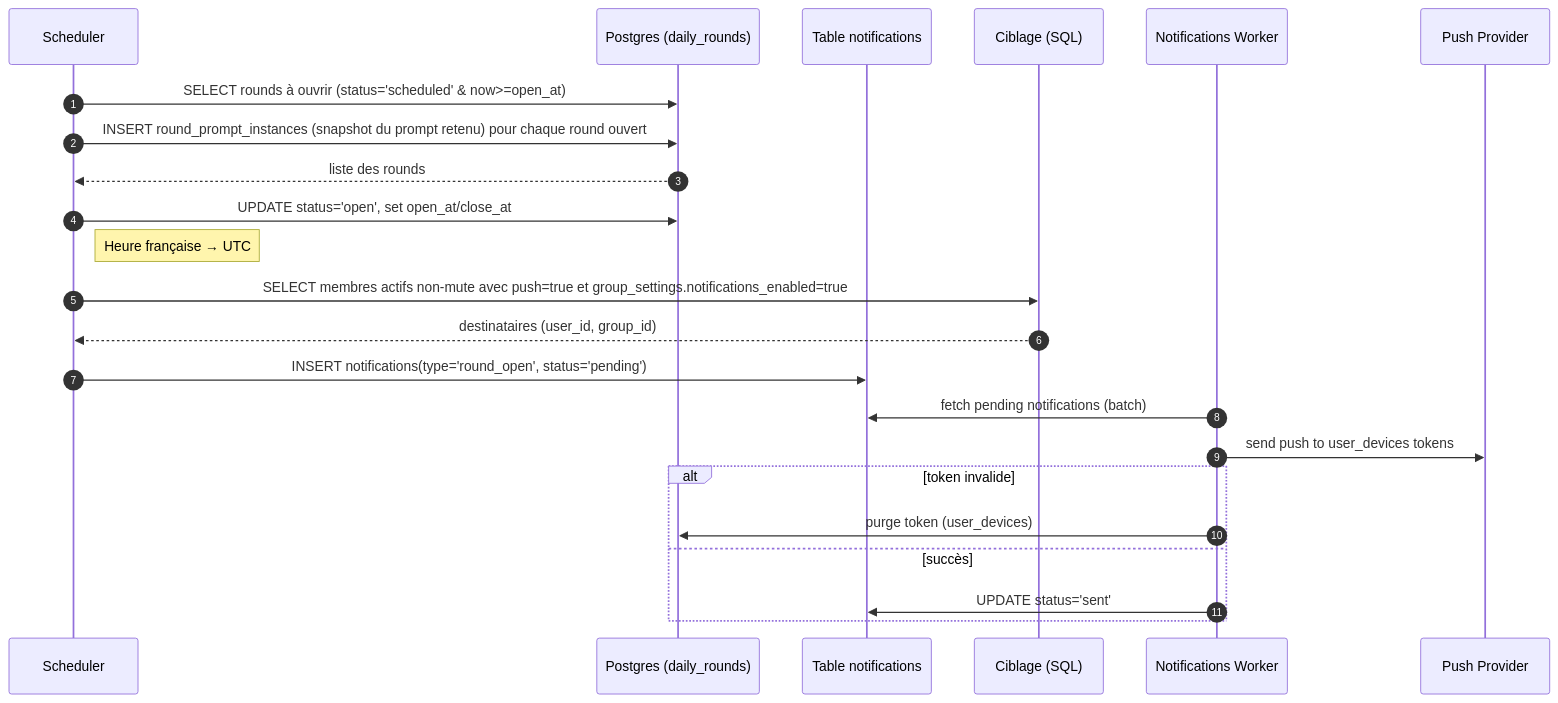
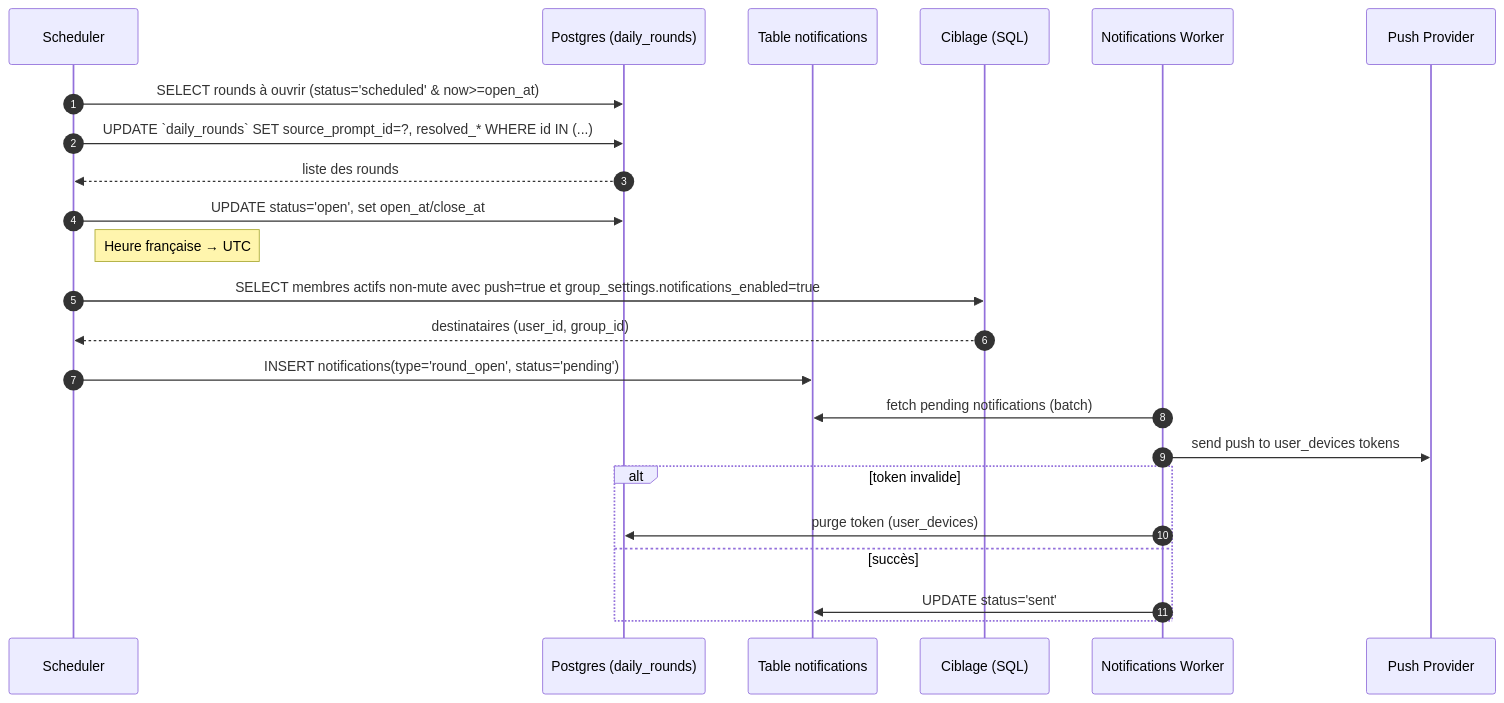
The first of 2 diagrams in docs/workflows.md (Adrien490/jimboa), drawn with Mermaid before and after one commit. The commit also changed other lines of this file and 4 other files, not shown here.

````diff
--- a/docs/workflows.md
+++ b/docs/workflows.md
@@ -47,26 +47,26 @@
 ```mermaid
 sequenceDiagram
   autonumber
   participant Cron as Scheduler
   participant DB as Postgres (daily_rounds)
   participant NQ as Table notifications
   participant Sel as Ciblage (SQL)
   participant NW as Notifications Worker
   participant Push as Push Provider
 
   Cron->>DB: SELECT rounds à ouvrir (status='scheduled' & now>=open_at)
-  Cron->>DB: INSERT round_prompt_instances (snapshot du prompt retenu) pour chaque round ouvert
+  Cron->>DB: UPDATE `daily_rounds` SET source_prompt_id=?, resolved_* WHERE id IN (...)
   DB-->>Cron: liste des rounds
   Cron->>DB: UPDATE status='open', set open_at/close_at
   Note right of Cron: Heure française → UTC
   Cron->>Sel: SELECT membres actifs non-mute avec push=true et group_settings.notifications_enabled=true
   Sel-->>Cron: destinataires (user_id, group_id)
   Cron->>NQ: INSERT notifications(type='round_open', status='pending')
   NW->>NQ: fetch pending notifications (batch)
   NW->>Push: send push to user_devices tokens
   alt token invalide
     NW->>DB: purge token (user_devices)
   else succès
     NW->>NQ: UPDATE status='sent'
   end
 ```
````
